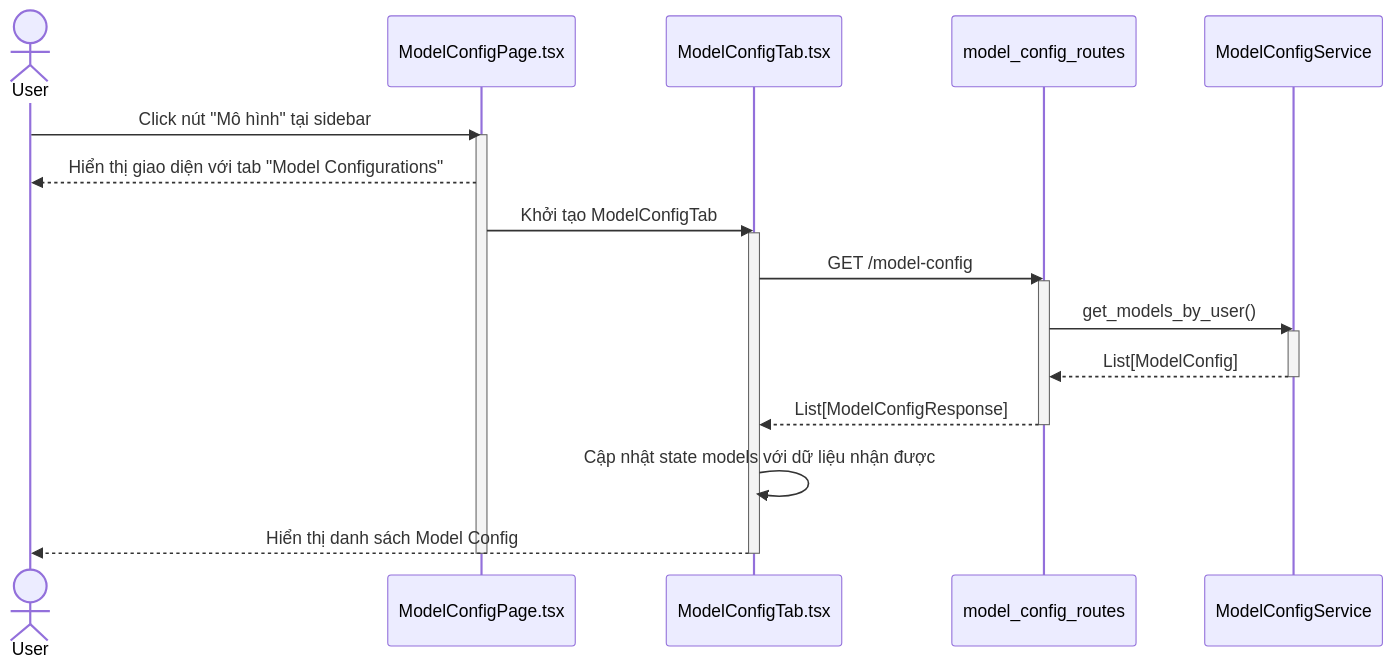
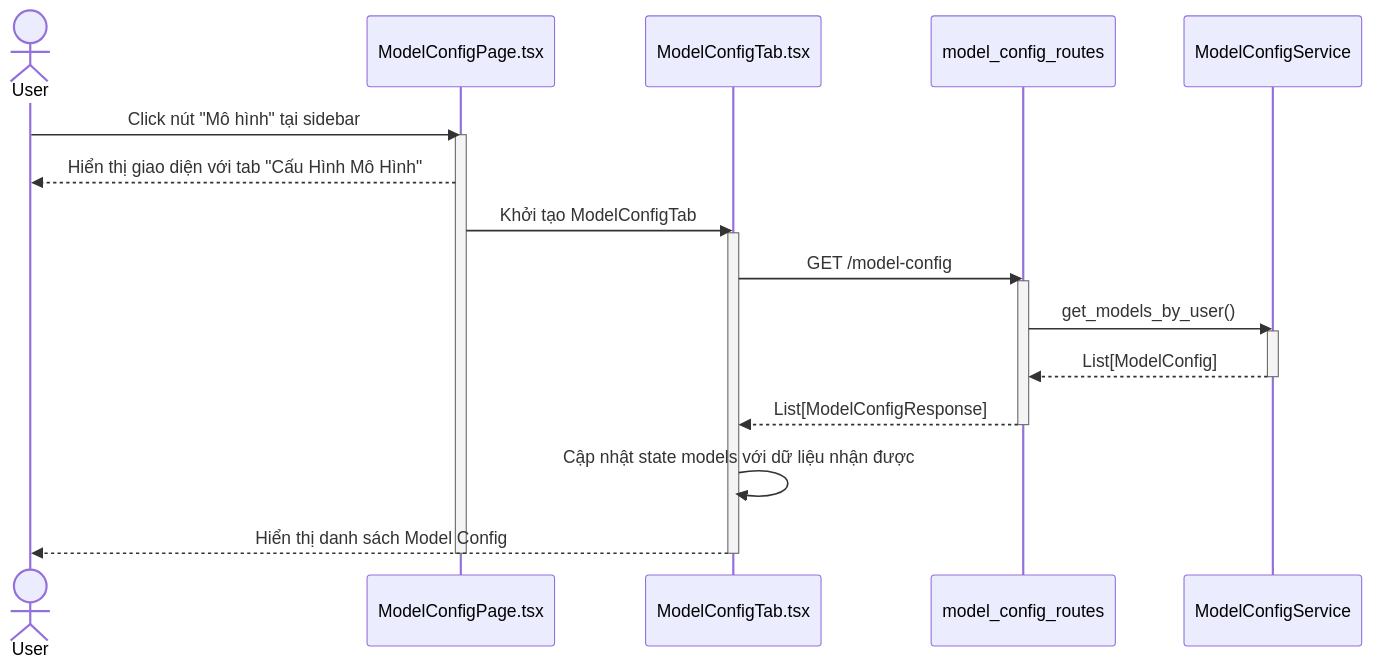
The first of 10 diagrams in model_config/4_model_config_seq.md (mduc-2610/gp_doc), drawn with Mermaid before and after one commit. The commit also changed 13 other files, not shown here.

````diff
--- a/model_config/4_model_config_seq.md
+++ b/model_config/4_model_config_seq.md
@@ -5,33 +5,33 @@
 ```mermaid
 sequenceDiagram
     actor User
     participant ModelConfigPage as ModelConfigPage.tsx
     participant ModelConfigTab as ModelConfigTab.tsx
     participant ModelConfigRoutes as model_config_routes
     participant ModelConfigService as ModelConfigService
 
     User->>ModelConfigPage: Click nút "Mô hình" tại sidebar
     activate ModelConfigPage
     
-    ModelConfigPage-->>User: Hiển thị giao diện với tab "Model Configurations"
+    ModelConfigPage-->>User: Hiển thị giao diện với tab "Cấu Hình Mô Hình"
     
     ModelConfigPage->>ModelConfigTab: Khởi tạo ModelConfigTab
     activate ModelConfigTab
     
     ModelConfigTab->>ModelConfigRoutes: GET /model-config
     activate ModelConfigRoutes
     
     ModelConfigRoutes->>ModelConfigService: get_models_by_user()
     activate ModelConfigService
     
     ModelConfigService-->>ModelConfigRoutes: List[ModelConfig]
     deactivate ModelConfigService
     
     ModelConfigRoutes-->>ModelConfigTab: List[ModelConfigResponse]
     deactivate ModelConfigRoutes
     
     ModelConfigTab->>ModelConfigTab: Cập nhật state models với dữ liệu nhận được
     ModelConfigTab-->>User: Hiển thị danh sách Model Config
     deactivate ModelConfigTab
     deactivate ModelConfigPage
 ```
````
